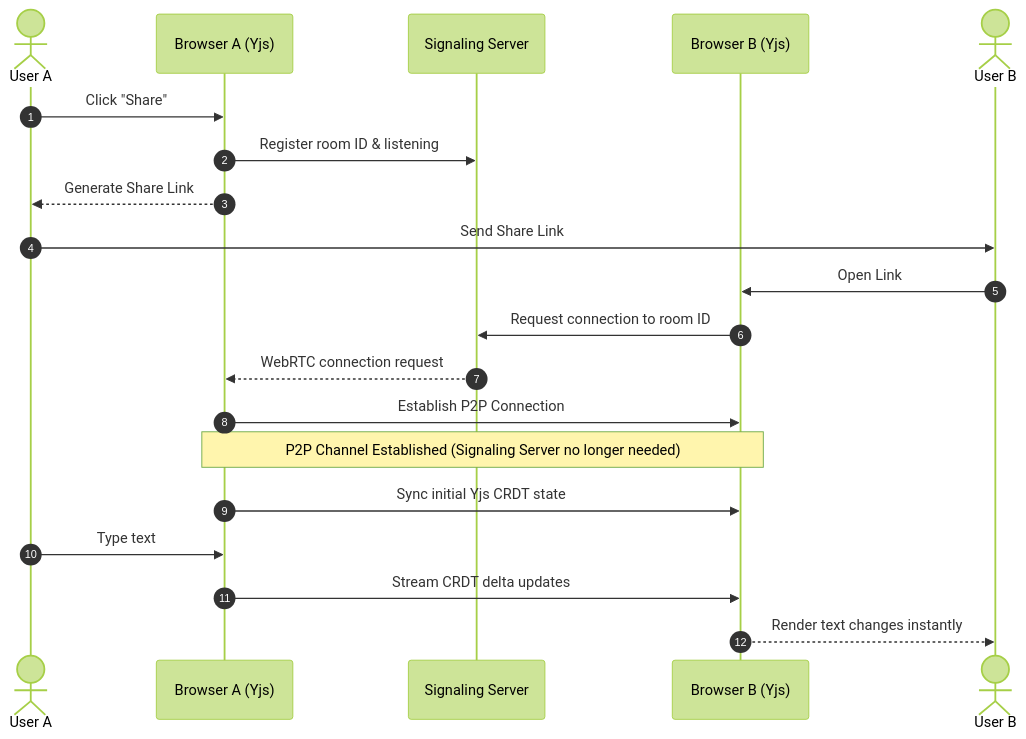
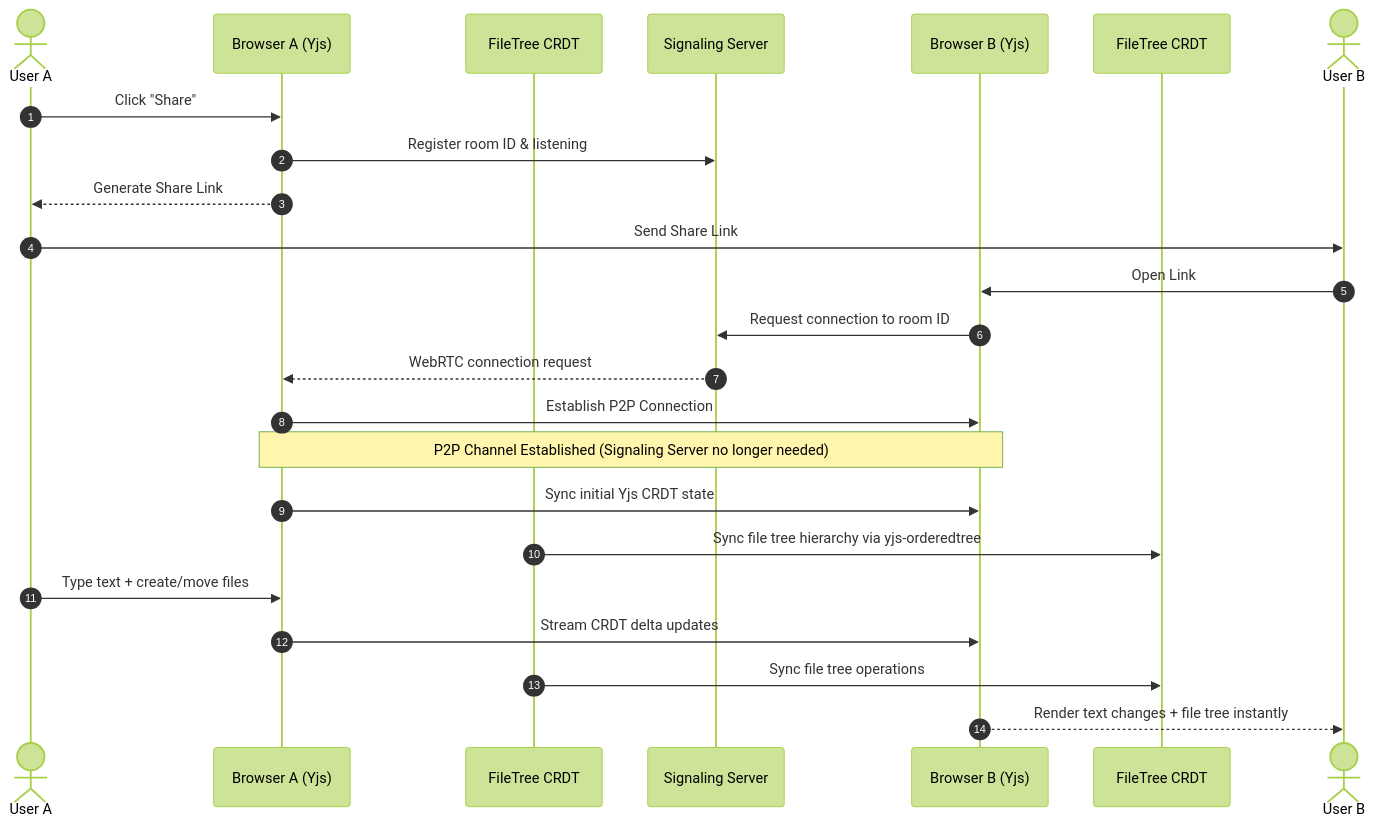
Before and after one commit to lopkiloinm/antiprism: the third of 4 diagrams in README.md, drawn with Mermaid (forest theme). The commit also changed other lines of this file and 2 other files, not shown here.

````diff
--- a/README.md
+++ b/README.md
@@ -334,26 +424,30 @@
 ```mermaid
 sequenceDiagram
     autonumber
     actor PeerA as User A
     participant EditorA as Browser A (Yjs)
+    participant FileTreeA as FileTree CRDT
     participant Signal as Signaling Server
     participant EditorB as Browser B (Yjs)
+    participant FileTreeB as FileTree CRDT
     actor PeerB as User B
 
     PeerA->>EditorA: Click "Share"
     EditorA->>Signal: Register room ID & listening
     EditorA-->>PeerA: Generate Share Link
     
     PeerA->>PeerB: Send Share Link
     PeerB->>EditorB: Open Link
     EditorB->>Signal: Request connection to room ID
     Signal-->>EditorA: WebRTC connection request
     EditorA->>EditorB: Establish P2P Connection
     
     Note over EditorA, EditorB: P2P Channel Established (Signaling Server no longer needed)
     
     EditorA->>EditorB: Sync initial Yjs CRDT state
-    PeerA->>EditorA: Type text
+    FileTreeA->>FileTreeB: Sync file tree hierarchy via yjs-orderedtree
+    PeerA->>EditorA: Type text + create/move files
     EditorA->>EditorB: Stream CRDT delta updates
-    EditorB-->>PeerB: Render text changes instantly
+    FileTreeA->>FileTreeB: Sync file tree operations
+    EditorB-->>PeerB: Render text changes + file tree instantly
 ```
````
